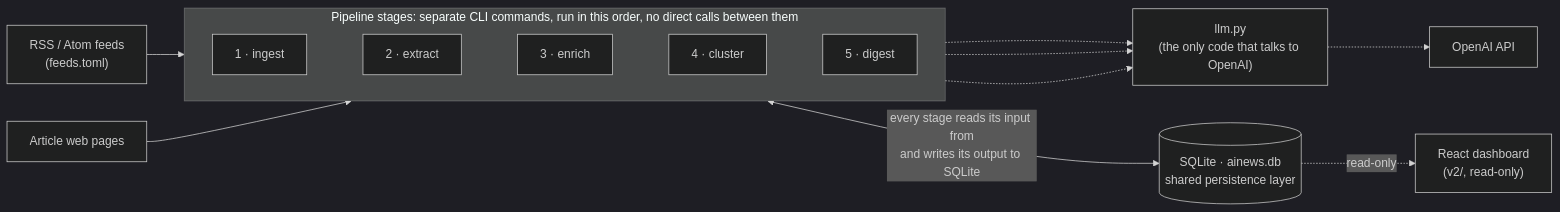
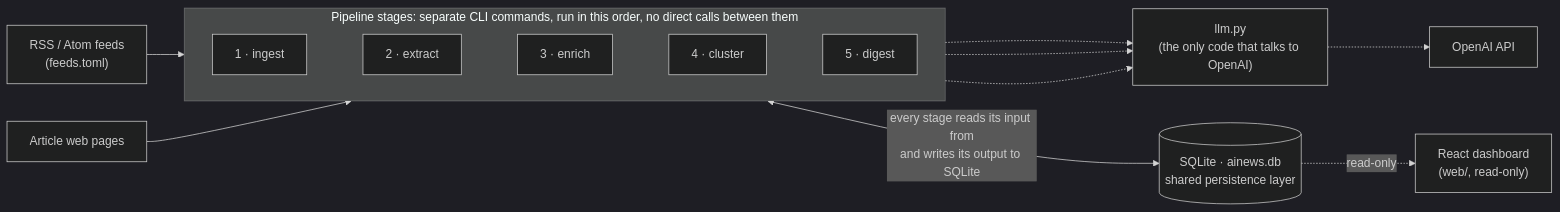
The first of 2 diagrams in README.md (notrealjulia/daily-ai-news), drawn with Mermaid (dark theme) before and after one commit. The commit also changed other lines of this file and 39 other files, not shown here.

````diff
--- a/README.md
+++ b/README.md
@@ -10,22 +10,22 @@
 ```mermaid
 flowchart LR
     RSS["RSS / Atom feeds<br/>(feeds.toml)"]
     WEB["Article web pages"]
     OAI["OpenAI API"]
 
     subgraph STAGES["Pipeline stages: separate CLI commands, run in this order, no direct calls between them"]
         direction LR
         ING["1 · ingest"] ~~~ EXT["2 · extract"] ~~~ ENR["3 · enrich"] ~~~ CLU["4 · cluster"] ~~~ DIG["5 · digest"]
     end
 
     LLM["llm.py<br/>(the only code that talks to OpenAI)"]
     DB[("SQLite · ainews.db<br/>shared persistence layer")]
-    UI["React dashboard<br/>(v2/, read-only)"]
+    UI["React dashboard<br/>(web/, read-only)"]
 
     RSS --> ING
     WEB --> EXT
     ENR & CLU & DIG -.-> LLM
     LLM -.-> OAI
     STAGES <-->|"every stage reads its input from<br/>and writes its output to SQLite"| DB
     DB -.->|"read-only"| UI
 ```
````
